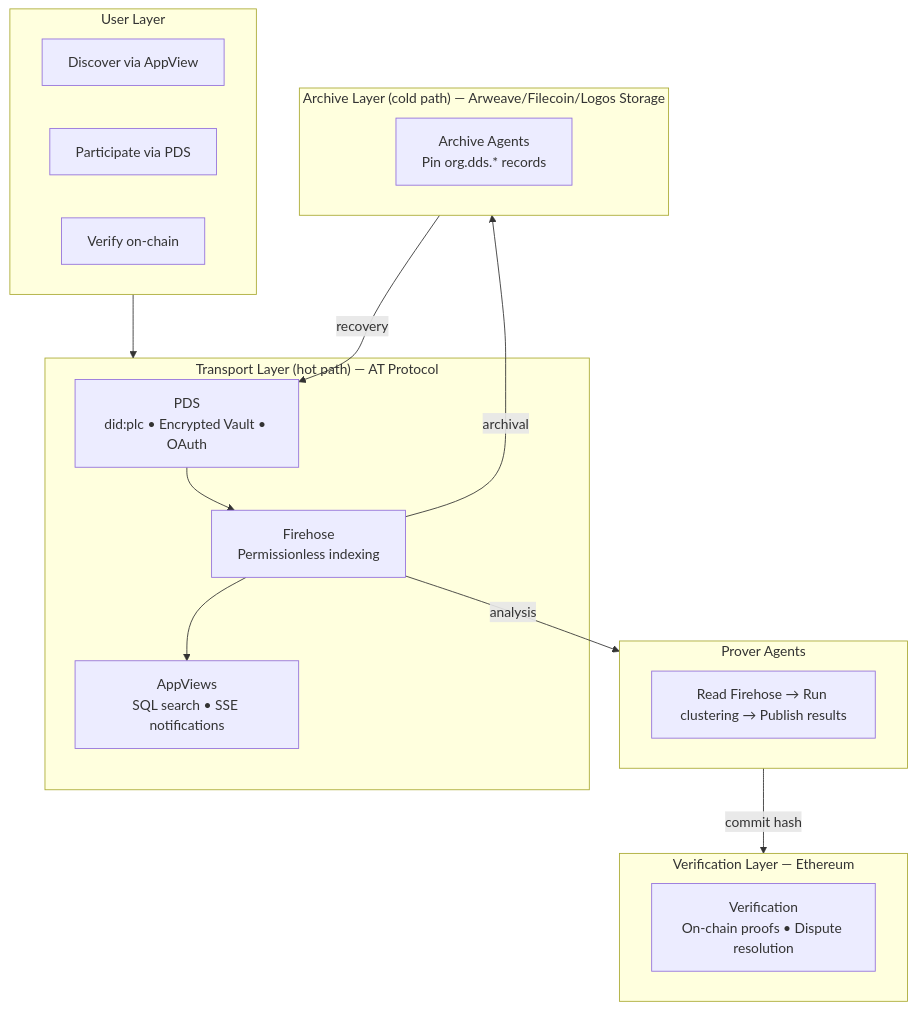
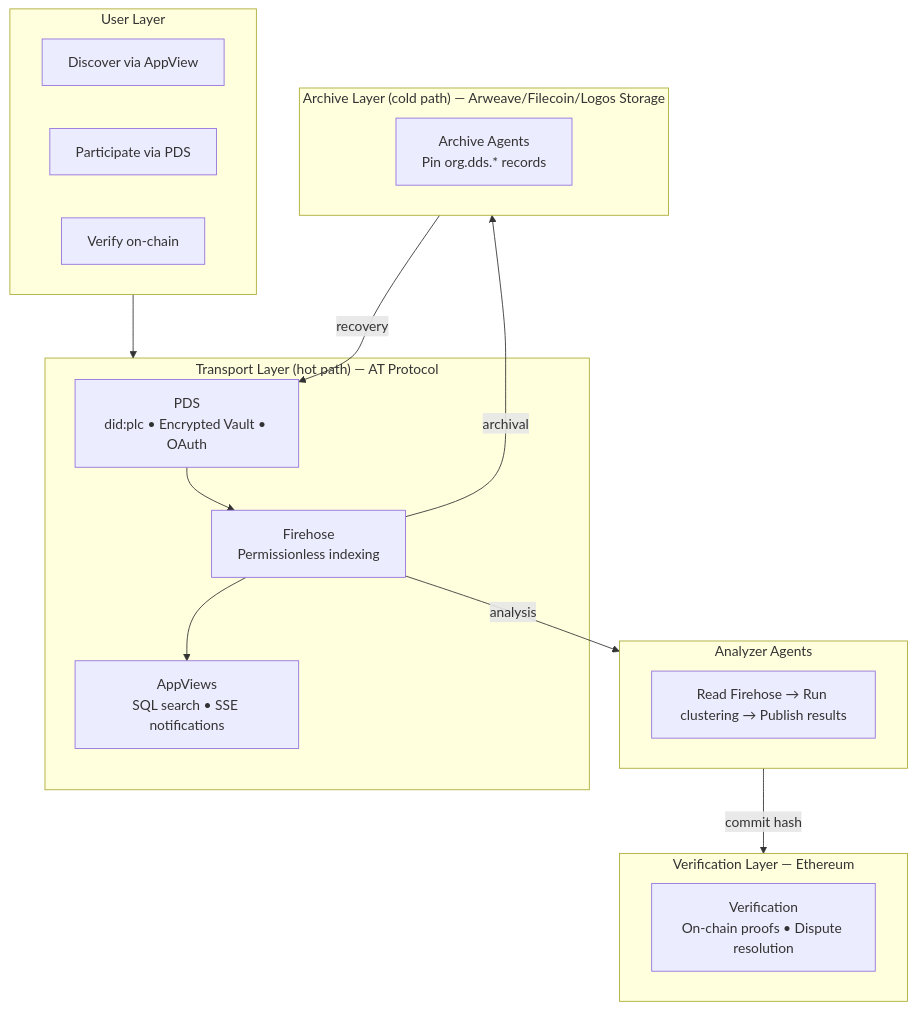
Before and after one commit to zkorum/agora: the first of 2 diagrams in doc/decentralized-protocol/0013-agora-atproto-walkaway.md, drawn with Mermaid. The commit also changed other lines of this file and 1 other file, not shown here.

First line of the commit message:
docs(protocol): add result commitment, public social graph, and rename Prover to Analyzer

````diff
--- a/doc/decentralized-protocol/0013-agora-atproto-walkaway.md
+++ b/doc/decentralized-protocol/0013-agora-atproto-walkaway.md
@@ -27,33 +27,33 @@
 ```mermaid
 flowchart TB
     subgraph User["User Layer"]
         Discover[Discover via AppView]
         Participate[Participate via PDS]
         Verify[Verify on-chain]
     end
 
     subgraph Transport["Transport Layer (hot path) — AT Protocol"]
         PDS["PDS<br/>did:plc • Encrypted Vault • OAuth"]
         Firehose["Firehose<br/>Permissionless indexing"]
         AppView["AppViews<br/>SQL search • SSE notifications"]
         PDS --> Firehose --> AppView
     end
 
     subgraph Archive["Archive Layer (cold path) — Arweave/Filecoin/Logos Storage"]
         ArchiveAgents["Archive Agents<br/>Pin org.dds.* records"]
     end
 
     subgraph Verification["Verification Layer — Ethereum"]
         Truth["Verification<br/>On-chain proofs • Dispute resolution"]
     end
 
-    subgraph Prover["Prover Agents"]
+    subgraph Analyzer["Analyzer Agents"]
         Compute["Read Firehose → Run clustering → Publish results"]
     end
 
     User --> Transport
     Firehose -->|archival| Archive
-    Firehose -->|analysis| Prover
-    Prover -->|commit hash| Verification
+    Firehose -->|analysis| Analyzer
+    Analyzer -->|commit hash| Verification
     Archive -->|recovery| PDS
 ```
````
